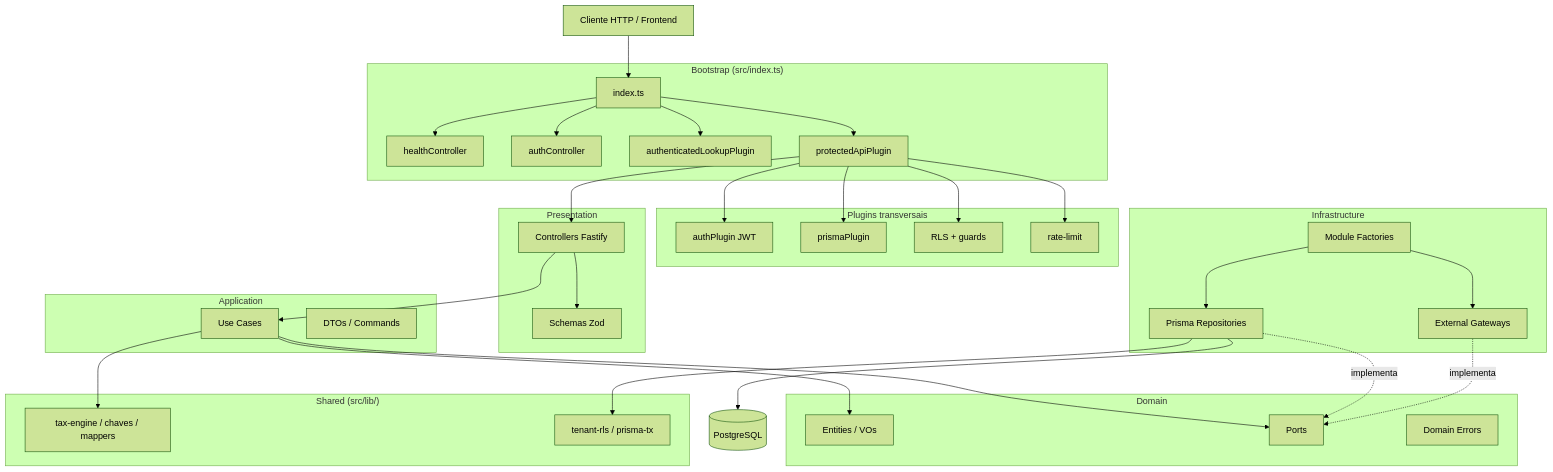
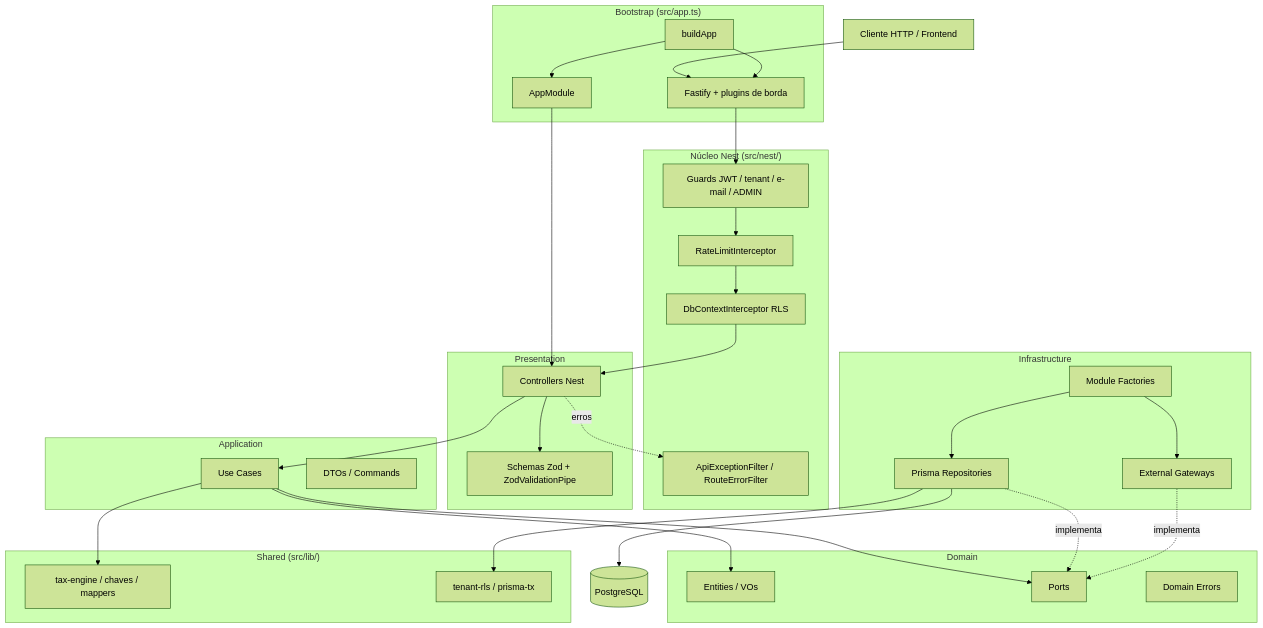
The first of 11 diagrams in backend/README.md (Matheus-santos7/MSimulation-XML), drawn with Mermaid (forest theme) before and after one commit. The commit also changed other lines of this file and 1 other file, not shown here.

First line of the commit message:
docs: atualiza o README do backend e o registro da migração para NestJS

````diff
--- a/backend/README.md
+++ b/backend/README.md
@@ -131,70 +135,67 @@
 ```mermaid
 graph TD
   Client[Cliente HTTP / Frontend]
 
-  subgraph Bootstrap["Bootstrap (src/index.ts)"]
-    IDX[index.ts]
-    HP[healthController]
-    AP[authController]
-    AL[authenticatedLookupPlugin]
-    PP[protectedApiPlugin]
+  subgraph Bootstrap["Bootstrap (src/app.ts)"]
+    IDX[buildApp]
+    FAST[Fastify + plugins de borda]
+    APPM[AppModule]
   end
 
-  subgraph Plugins["Plugins transversais"]
-    JWT[authPlugin JWT]
-    PRISMA[prismaPlugin]
-    RLS[RLS + guards]
-    RL[rate-limit]
+  subgraph Nest["Núcleo Nest (src/nest/)"]
+    GUARDS[Guards JWT / tenant / e-mail / ADMIN]
+    RL[RateLimitInterceptor]
+    RLS[DbContextInterceptor RLS]
+    FILTER[ApiExceptionFilter / RouteErrorFilter]
   end
 
   subgraph Presentation["Presentation"]
-    CTRL[Controllers Fastify]
-    ZOD[Schemas Zod]
+    CTRL[Controllers Nest]
+    ZOD[Schemas Zod + ZodValidationPipe]
   end
 
   subgraph Application["Application"]
     UC[Use Cases]
     DTO[DTOs / Commands]
   end
 
   subgraph Domain["Domain"]
     ENT[Entities / VOs]
     PORT[Ports]
     ERR[Domain Errors]
   end
 
   subgraph Infrastructure["Infrastructure"]
     REPO[Prisma Repositories]
     GW[External Gateways]
     FACT[Module Factories]
   end
 
   subgraph Shared["Shared (src/lib/)"]
     TAX[tax-engine / chaves / mappers]
     DB[tenant-rls / prisma-tx]
   end
 
   DB_PG[(PostgreSQL)]
 
-  Client --> IDX
-  IDX --> HP
-  IDX --> AP
-  IDX --> AL
-  IDX --> PP
-  PP --> JWT
-  PP --> PRISMA
-  PP --> RLS
-  PP --> RL
-  PP --> CTRL
+  Client --> FAST
+  IDX --> FAST
+  IDX --> APPM
+  FAST --> GUARDS
+  APPM --> CTRL
+  GUARDS --> RL
+  RL --> RLS
+  RLS --> CTRL
+  CTRL -.->|erros| FILTER
   CTRL --> ZOD
   CTRL --> UC
   UC --> PORT
   UC --> ENT
   FACT --> REPO
   FACT --> GW
   REPO -.->|implementa| PORT
   GW -.->|implementa| PORT
   REPO --> DB_PG
   UC --> TAX
   REPO --> DB
 ```
````
